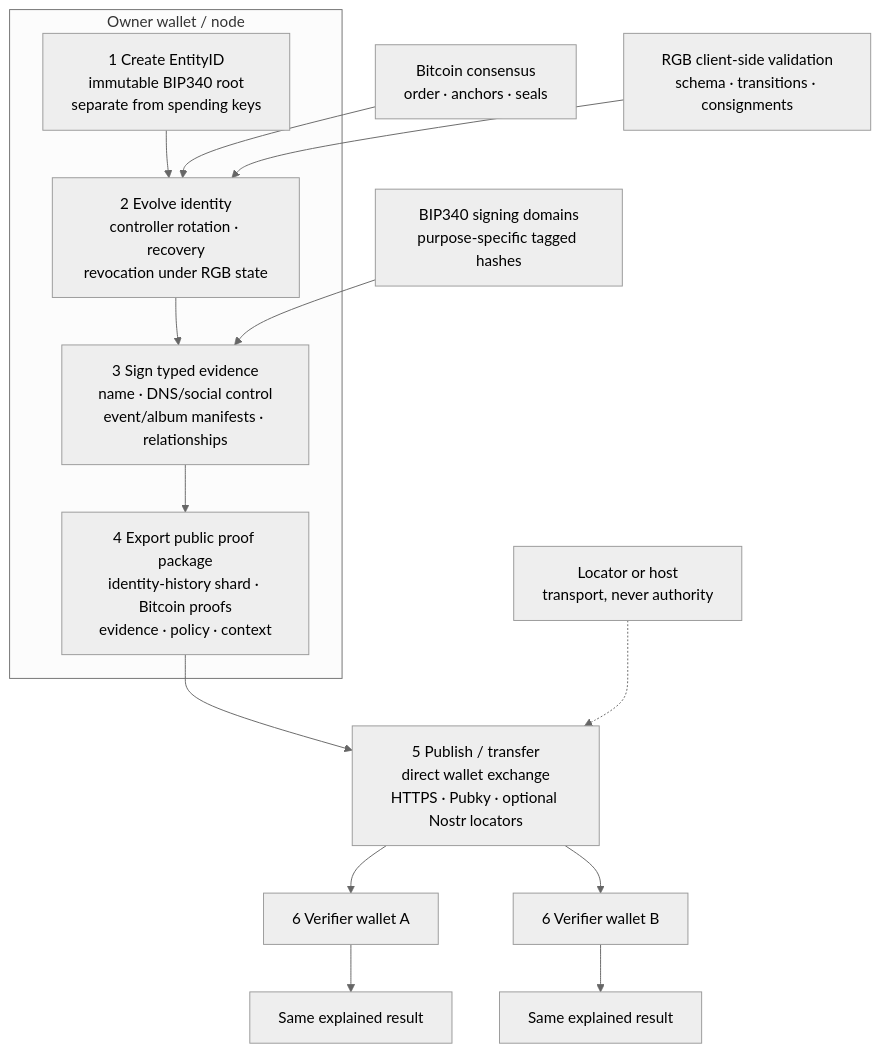
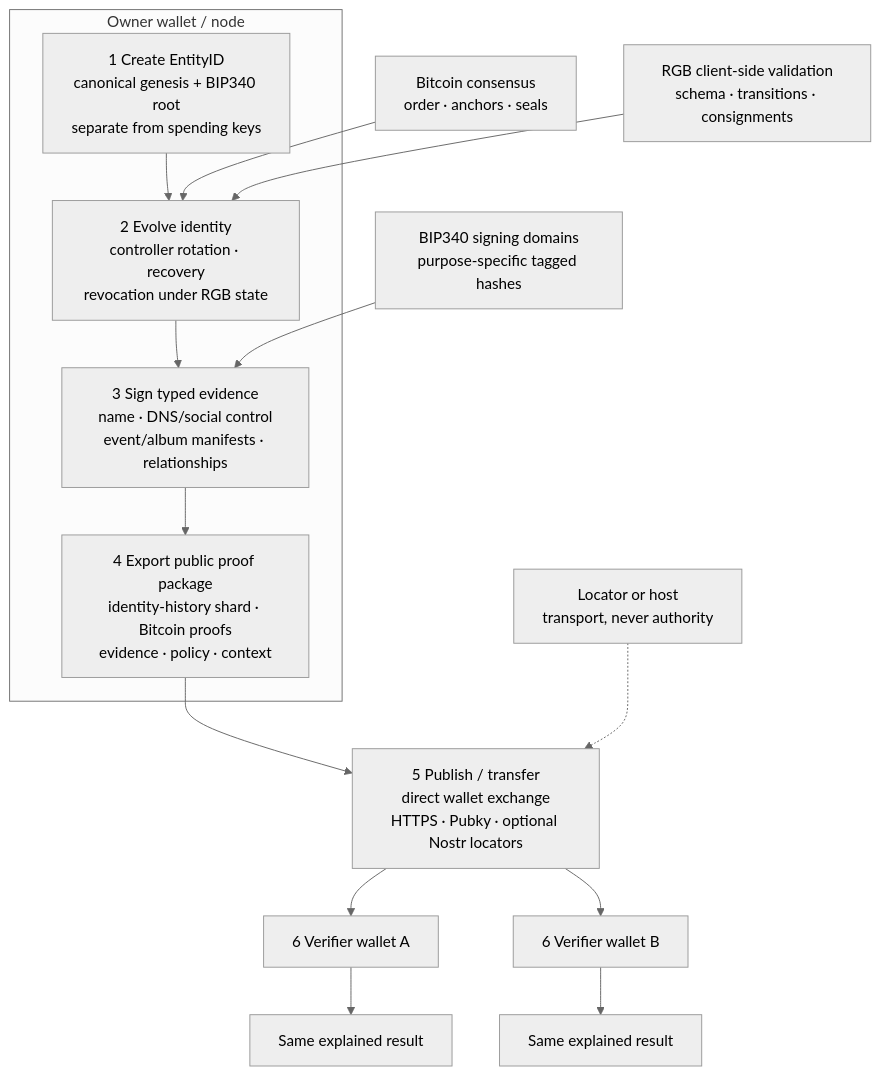
The second of 3 diagrams in docs/diagrams/02-end-to-end-protocol-flow.md (EdwinKestler/o2a-protocol), drawn with Mermaid (neutral theme) before and after one commit. The commit also changed 33 other files, not shown here.

First line of the commit message:
Adopt ADR-0008 genesis-bound EntityIDs

````diff
--- a/docs/diagrams/02-end-to-end-protocol-flow.md
+++ b/docs/diagrams/02-end-to-end-protocol-flow.md
@@ -29,22 +29,22 @@
 ```mermaid
 flowchart TB
     subgraph OWNER["Owner wallet / node"]
-        E["1 Create EntityID<br/>immutable BIP340 root<br/>separate from spending keys"]
+        E["1 Create EntityID<br/>canonical genesis + BIP340 root<br/>separate from spending keys"]
         L["2 Evolve identity<br/>controller rotation · recovery<br/>revocation under RGB state"]
         S["3 Sign typed evidence<br/>name · DNS/social control<br/>event/album manifests · relationships"]
         PKG["4 Export public proof package<br/>identity-history shard · Bitcoin proofs<br/>evidence · policy · context"]
         E --> L --> S --> PKG
     end
 
     BTC["Bitcoin consensus<br/>order · anchors · seals"] --> L
     RGB["RGB client-side validation<br/>schema · transitions · consignments"] --> L
     TAG["BIP340 signing domains<br/>purpose-specific tagged hashes"] --> S
 
     PKG --> X["5 Publish / transfer<br/>direct wallet exchange<br/>HTTPS · Pubky · optional Nostr locators"]
     X --> V1["6 Verifier wallet A"]
     X --> V2["6 Verifier wallet B"]
     V1 --> R1["Same explained result"]
     V2 --> R2["Same explained result"]
 
     LOC["Locator or host<br/>transport, never authority"] -.-> X
 ```
````
